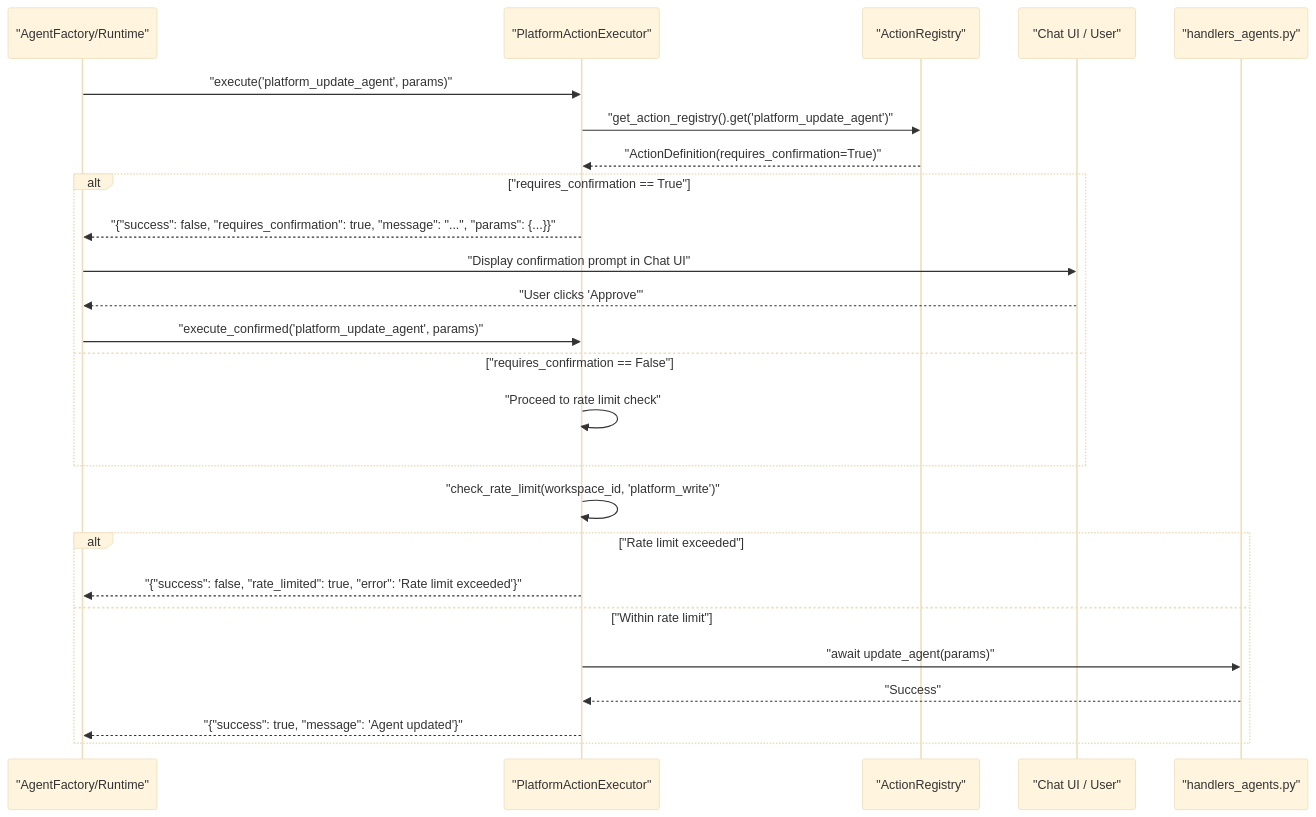
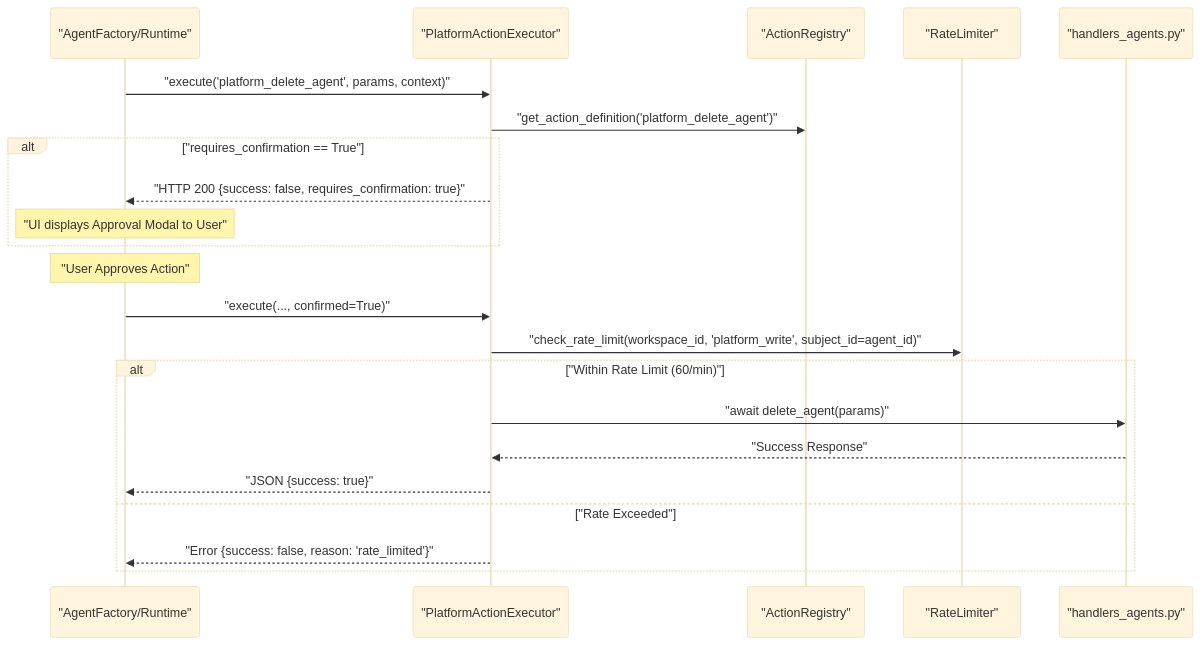
One commit to AutomatosAI/automatos-ai changed the first of 3 diagrams in docs/platform-actions/confirmation-rate-limiting.md. Above: the diagram before and after it, drawn with Mermaid (base theme). The commit also changed other lines of this file and 153 other files, not shown here.

````diff
--- a/docs/platform-actions/confirmation-rate-limiting.md
+++ b/docs/platform-actions/confirmation-rate-limiting.md
@@ -64,31 +62,29 @@
 ```mermaid
 sequenceDiagram
     participant Agent as "AgentFactory/Runtime"
     participant PAE as "PlatformActionExecutor"
     participant Reg as "ActionRegistry"
-    participant User as "Chat UI / User"
+    participant RL as "RateLimiter"
     participant Handler as "handlers_agents.py"
 
-    Agent->>PAE: "execute('platform_update_agent', params)"
-    PAE->>Reg: "get_action_registry().get('platform_update_agent')"
-    Reg-->>PAE: "ActionDefinition(requires_confirmation=True)"
+    Agent->>PAE: "execute('platform_delete_agent', params, context)"
+    PAE->>Reg: "get_action_definition('platform_delete_agent')"
     
     alt "requires_confirmation == True"
-        PAE-->>Agent: "{"success": false, "requires_confirmation": true, "message": "...", "params": {...}}"
-        Agent->>User: "Display confirmation prompt in Chat UI"
-        User-->>Agent: "User clicks 'Approve'"
-        Agent->>PAE: "execute_confirmed('platform_update_agent', params)"
-    else "requires_confirmation == False"
-        PAE->>PAE: "Proceed to rate limit check"
+        PAE-->>Agent: "HTTP 200 {success: false, requires_confirmation: true}"
+        Note over Agent: "UI displays Approval Modal to User"
     end
     
-    PAE->>PAE: "check_rate_limit(workspace_id, 'platform_write')"
+    Note over Agent: "User Approves Action"
+    Agent->>PAE: "execute(..., confirmed=True)"
     
-    alt "Rate limit exceeded"
-        PAE-->>Agent: "{"success": false, "rate_limited": true, "error": 'Rate limit exceeded'}"
-    else "Within rate limit"
-        PAE->>Handler: "await update_agent(params)"
-        Handler-->>PAE: "Success"
-        PAE-->>Agent: "{"success": true, "message": 'Agent updated'}"
+    PAE->>RL: "check_rate_limit(workspace_id, 'platform_write', subject_id=agent_id)"
+    
+    alt "Within Rate Limit (60/min)"
+        PAE->>Handler: "await delete_agent(params)"
+        Handler-->>PAE: "Success Response"
+        PAE-->>Agent: "JSON {success: true}"
+    else "Rate Exceeded"
+        PAE-->>Agent: "Error {success: false, reason: 'rate_limited'}"
     end
 ```
````
